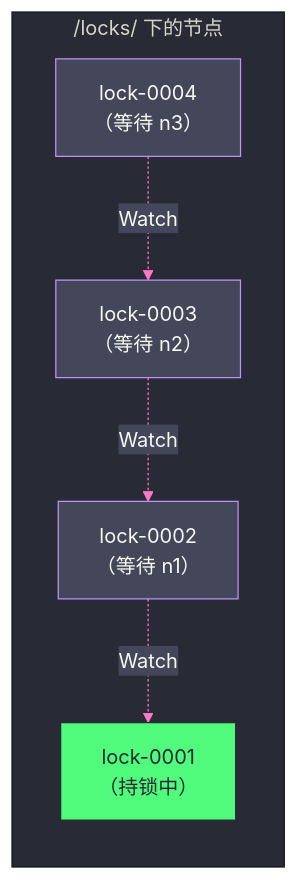
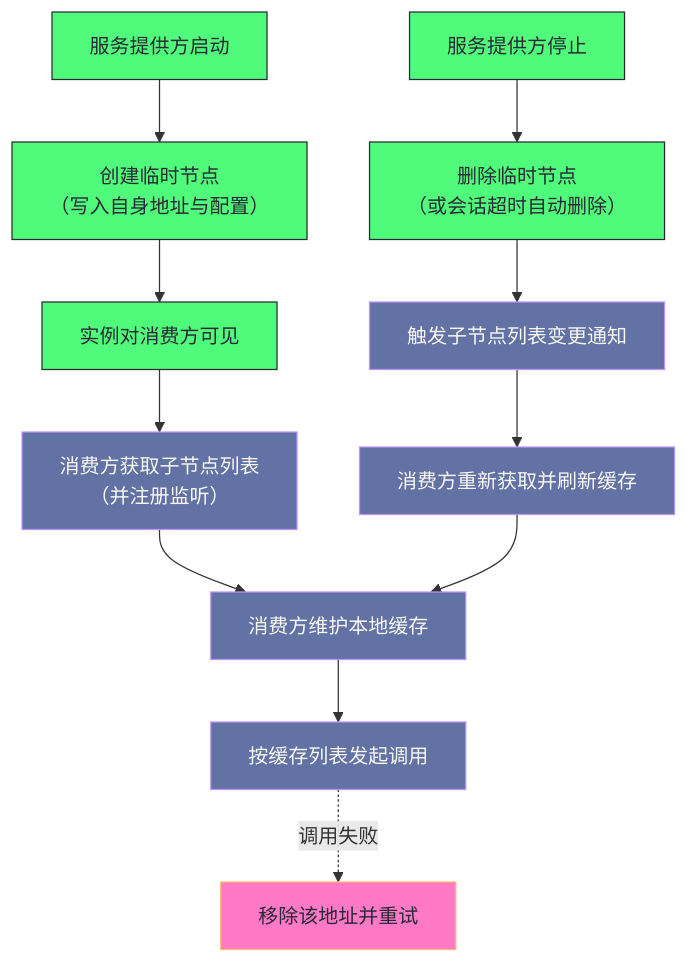
Before and after one commit to hpliStartAgain/my-brain: the diagram in content/中间件/Zookeeper/03 分布式锁与 Leader 选举的工程实现.md, drawn with Mermaid. The commit also changed other lines of this file and 6 other files, not shown here.

````diff
--- a/content/中间件/Zookeeper/03 分布式锁与 Leader 选举的工程实现.md
+++ b/content/中间件/Zookeeper/03 分布式锁与 Leader 选举的工程实现.md
@@ -85,18 +295,21 @@
 ```mermaid
-%%{init: {'theme': 'base', 'themeVariables': {'primaryColor': '#6272a4', 'primaryTextColor': '#f8f8f2', 'primaryBorderColor': '#bd93f9', 'lineColor': '#ff79c6', 'secondaryColor': '#44475a', 'tertiaryColor': '#282a36', 'background': '#282a36', 'mainBkg': '#44475a'}}}%%
-graph LR
-    subgraph "/locks/ 下的节点"
-        n1["lock-0001</br>（持锁中）"]
-        n2["lock-0002</br>（等待 n1）"]
-        n3["lock-0003</br>（等待 n2）"]
-        n4["lock-0004</br>（等待 n3）"]
-    end
-    n2 -.->|"Watch"| n1
-    n3 -.->|"Watch"| n2
-    n4 -.->|"Watch"| n3
+%%{init: {'theme': 'dracula'}}%%
+graph TD
+    UP["服务提供方启动"] --> REG["创建临时节点<br/>（写入自身地址与配置）"]
+    REG --> VIS["实例对消费方可见"]
+    VIS --> DISC["消费方获取子节点列表<br/>（并注册监听）"]
+    DISC --> CACHE["消费方维护本地缓存"]
+    CACHE --> CALL["按缓存列表发起调用"]
+    DOWN["服务提供方停止"] --> DEREG["删除临时节点<br/>（或会话超时自动删除）"]
+    DEREG --> NOTIFY["触发子节点列表变更通知"]
+    NOTIFY --> REFRESH["消费方重新获取并刷新缓存"]
+    REFRESH --> CACHE
+    CALL -. "调用失败" .-> RETRY["移除该地址并重试"]
 
-    classDef holding fill:#50fa7b,stroke:#282a36,color:#282a36
-    classDef waiting fill:#44475a,stroke:#bd93f9,color:#f8f8f2
-    class n1 holding
-    class n2,n3,n4 waiting
+    classDef reg fill:#50fa7b,stroke:#282a36,color:#282a36
+    classDef disc fill:#6272a4,stroke:#bd93f9,color:#f8f8f2
+    classDef fall fill:#ff79c6,stroke:#ffb86c,color:#282a36
+    class UP,REG,VIS,DOWN,DEREG reg
+    class DISC,CACHE,CALL,NOTIFY,REFRESH disc
+    class RETRY fall
 ```
````
